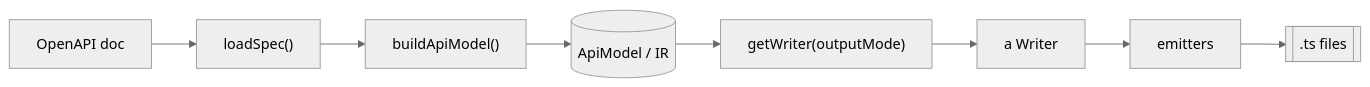
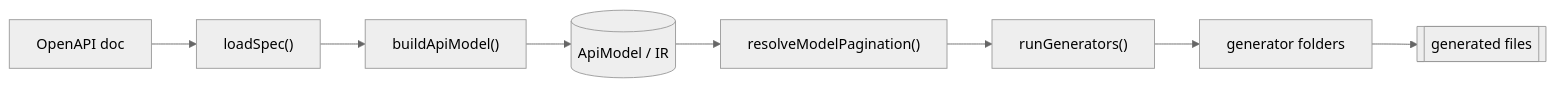
The diagram in packages/client-generator/ARCHITECTURE.md (Redocly/redocly-cli), drawn with Mermaid (neutral theme) before and after one commit. The commit also changed other lines of this file and 14 other files, not shown here.

Commit message:
docs: rewrite the seven design skills and ARCHITECTURE.md against the folder architecture they now describe

````diff
--- a/packages/client-generator/ARCHITECTURE.md
+++ b/packages/client-generator/ARCHITECTURE.md
@@ -26,10 +20,10 @@
 ```mermaid
 flowchart LR
   spec[OpenAPI doc] --> load["loadSpec()"]
   load --> build["buildApiModel()"]
   build --> ir[("ApiModel / IR")]
-  ir --> gw["getWriter(outputMode)"]
-  gw --> writer["a Writer"]
-  writer --> emit["emitters"]
-  emit --> files[[".ts files"]]
+  ir --> resolve["resolveModelPagination()"]
+  resolve --> run["runGenerators()"]
+  run --> gen["generator folders"]
+  gen --> files[["generated files"]]
 ```
````
